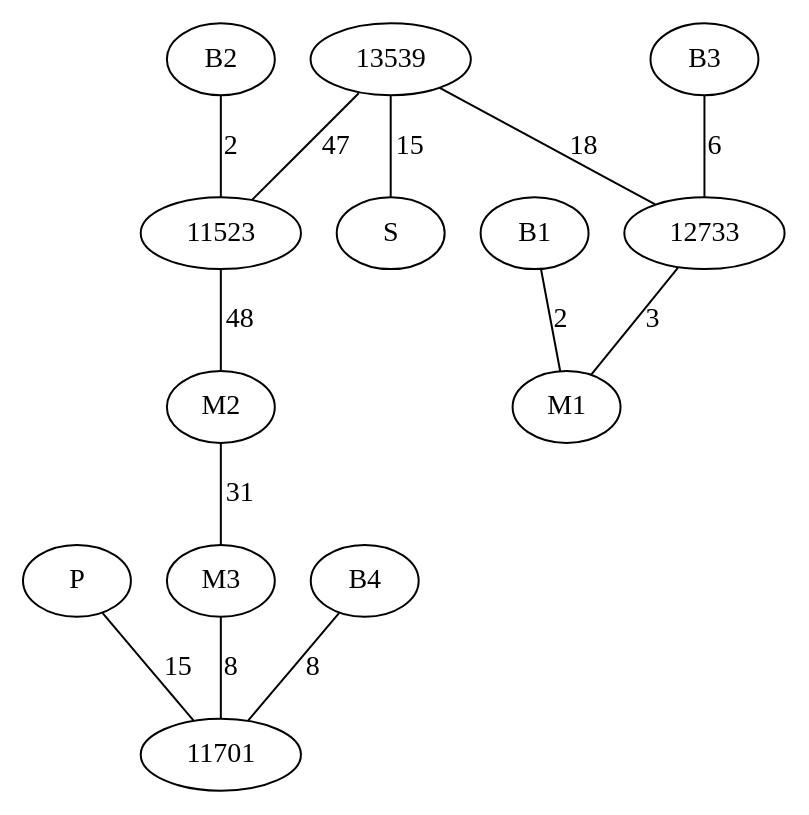
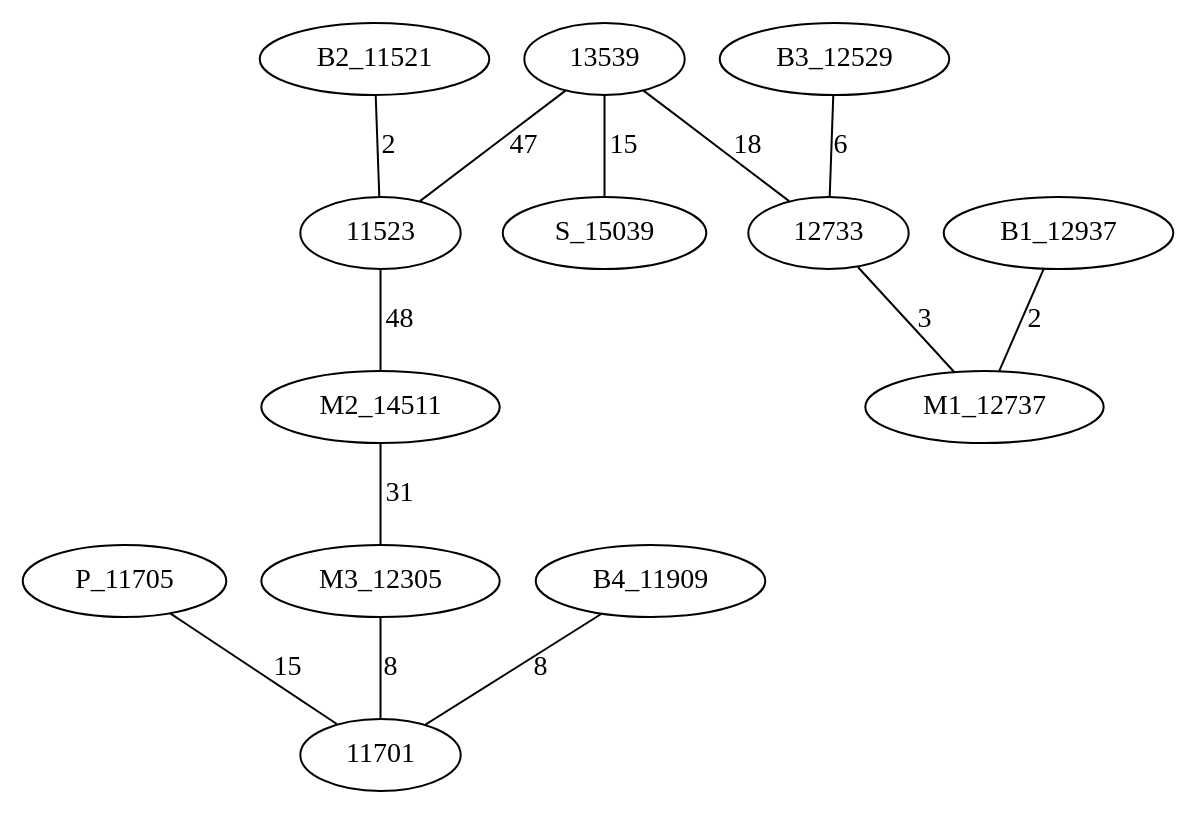
Before and after one commit to AsmNoob/Labyrinthe: the diagram in Graph.dot, drawn with Graphviz. The commit also changed 2 other files, not shown here.

Commit message:
[Graph] Added position to the nodes

```diff
--- a/Graph.dot
+++ b/Graph.dot
@@ -1,16 +1,16 @@
 graph chemin {
 
-	P -- 11701 [label=15]
+	P_11705 -- 11701 [label=15]
+	13539 -- S_15039 [label=15]
 	13539 -- 12733 [label=18]
-	13539 -- S [label=15]
 	13539 -- 11523 [label=47]
-	B1 -- M1 [label=2]
-	B2 -- 11523 [label=2]
-	11523 -- M2 [label=48]
-	M2 -- M3 [label=31]
-	B3 -- 12733 [label=6]
-	B4 -- 11701 [label=8]
-	M3 -- 11701 [label=8]
-	12733 -- M1 [label=3]
+	B1_12937 -- M1_12737 [label=2]
+	B2_11521 -- 11523 [label=2]
+	11523 -- M2_14511 [label=48]
+	M2_14511 -- M3_12305 [label=31]
+	B3_12529 -- 12733 [label=6]
+	B4_11909 -- 11701 [label=8]
+	M3_12305 -- 11701 [label=8]
+	12733 -- M1_12737 [label=3]
 
 }
```
